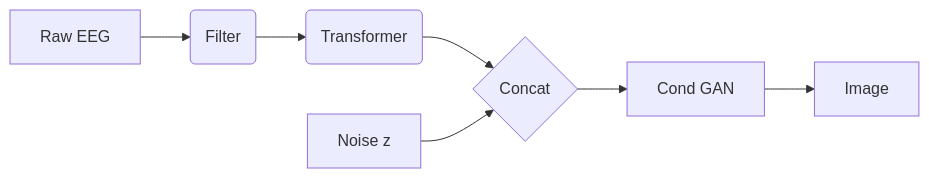
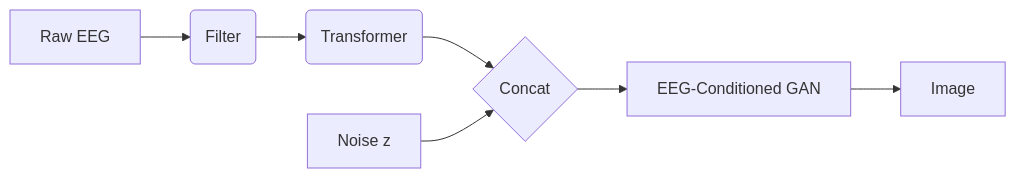
One commit to mithil27360/EEG2GAN changed the diagram in README.md. Above: the diagram before and after it, drawn with Mermaid. The commit also changed other lines of this file and 11 other files, not shown here.

````diff
--- a/README.md
+++ b/README.md
@@ -80,9 +79,9 @@
 ```mermaid
 graph LR
     A[Raw EEG] --> B(Filter)
     B --> C(Transformer)
     C --> D{Concat}
     E[Noise z] --> D
-    D --> F[Cond GAN]
+    D --> F[EEG-Conditioned GAN]
     F --> G[Image]
 ```
````
